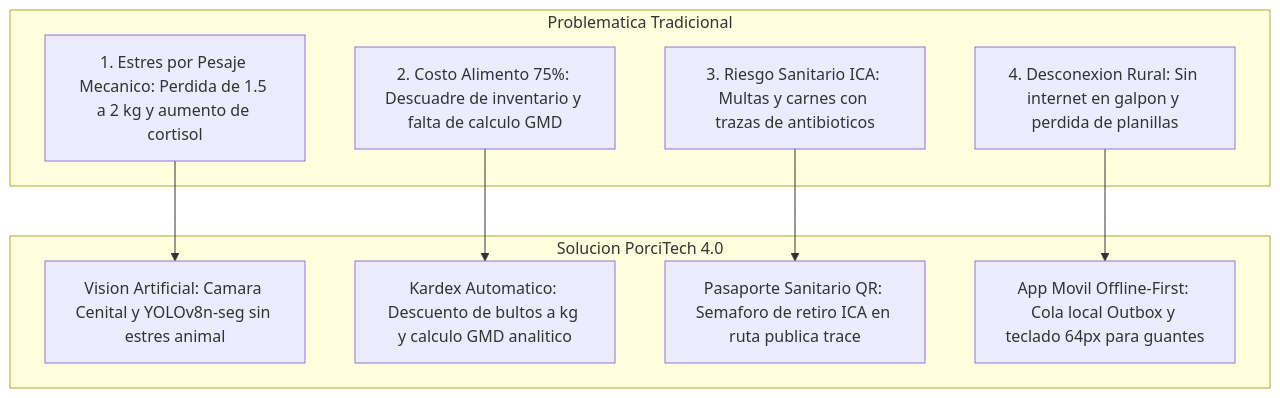
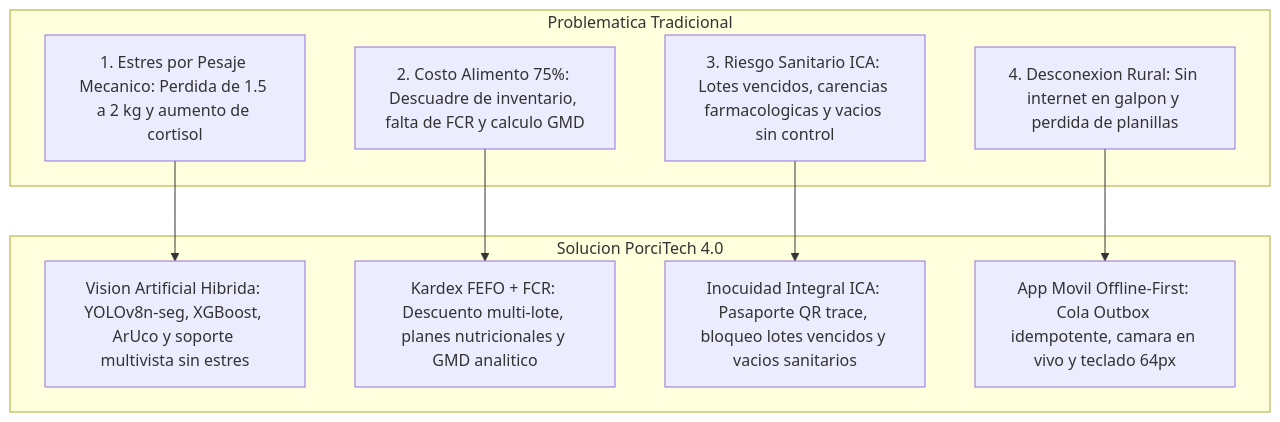
Before and after one commit to DevAvirama/CODIGO_FUENTE_PORCITECH: the first of 8 diagrams in MANUAL_DISENO_TECNICO.md, drawn with Mermaid. The commit also changed other lines of this file and 1 other file, not shown here.

````diff
--- a/MANUAL_DISENO_TECNICO.md
+++ b/MANUAL_DISENO_TECNICO.md
@@ -70,21 +66,21 @@
 ```mermaid
 flowchart TD
     subgraph PROBLEMAS ["Problematica Tradicional"]
         P1["1. Estres por Pesaje Mecanico: Perdida de 1.5 a 2 kg y aumento de cortisol"]
-        P2["2. Costo Alimento 75%: Descuadre de inventario y falta de calculo GMD"]
-        P3["3. Riesgo Sanitario ICA: Multas y carnes con trazas de antibioticos"]
+        P2["2. Costo Alimento 75%: Descuadre de inventario, falta de FCR y calculo GMD"]
+        P3["3. Riesgo Sanitario ICA: Lotes vencidos, carencias farmacologicas y vacios sin control"]
         P4["4. Desconexion Rural: Sin internet en galpon y perdida de planillas"]
     end
 
     subgraph SOLUCION ["Solucion PorciTech 4.0"]
-        S1["Vision Artificial: Camara Cenital y YOLOv8n-seg sin estres animal"]
-        S2["Kardex Automatico: Descuento de bultos a kg y calculo GMD analitico"]
-        S3["Pasaporte Sanitario QR: Semaforo de retiro ICA en ruta publica trace"]
-        S4["App Movil Offline-First: Cola local Outbox y teclado 64px para guantes"]
+        S1["Vision Artificial Hibrida: YOLOv8n-seg, XGBoost, ArUco y soporte multivista sin estres"]
+        S2["Kardex FEFO + FCR: Descuento multi-lote, planes nutricionales y GMD analitico"]
+        S3["Inocuidad Integral ICA: Pasaporte QR trace, bloqueo lotes vencidos y vacios sanitarios"]
+        S4["App Movil Offline-First: Cola Outbox idempotente, camara en vivo y teclado 64px"]
     end
 
     P1 --> S1
     P2 --> S2
     P3 --> S3
     P4 --> S4
 ```
````
